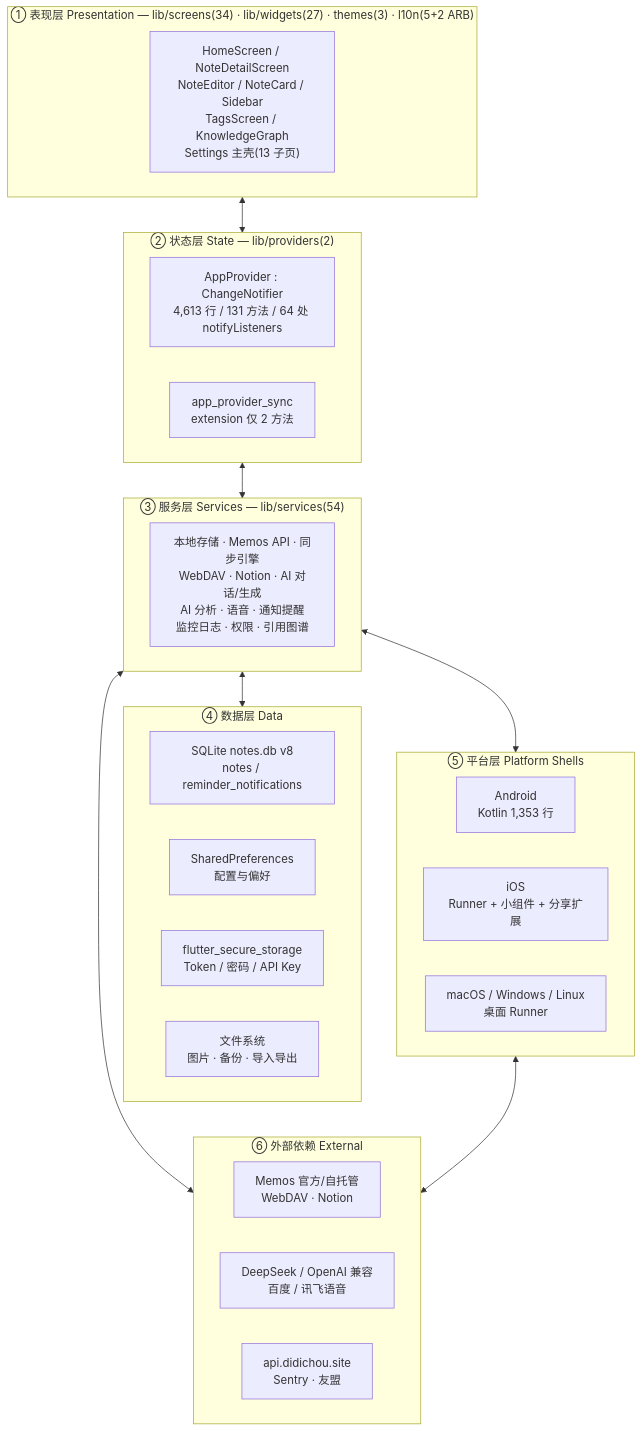
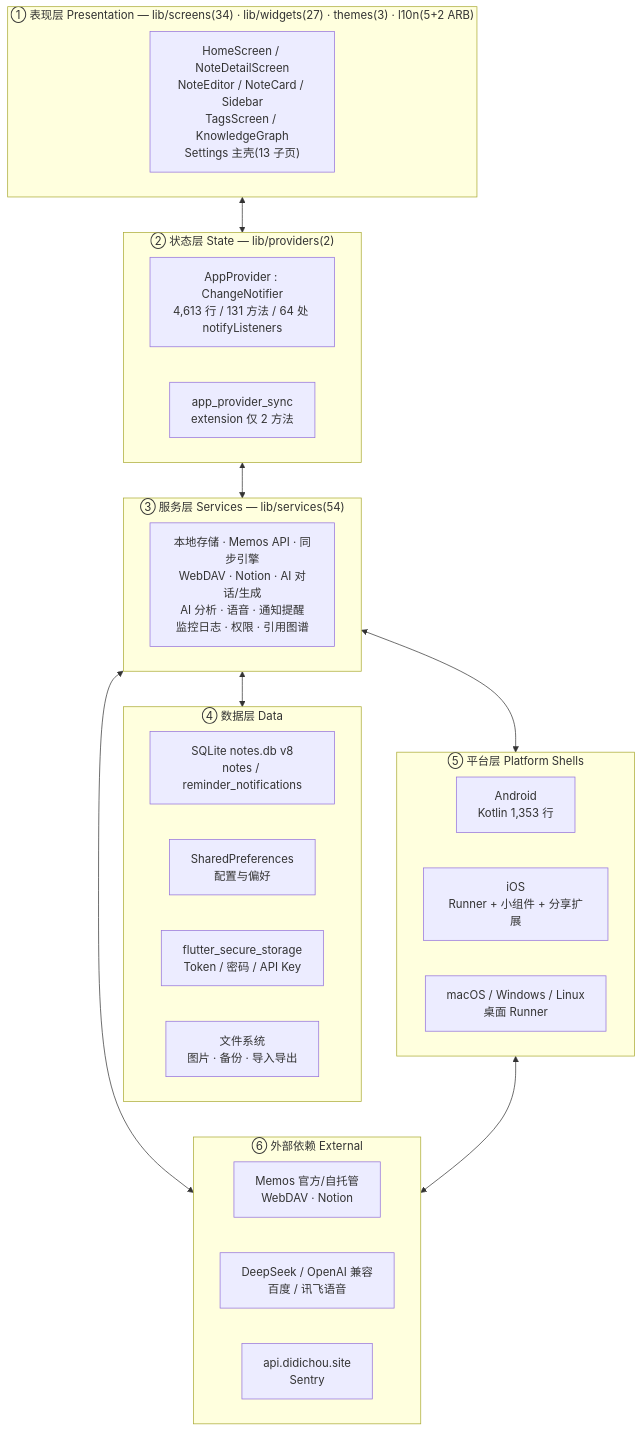
One commit to liudengxing/InkPaper changed the first of 10 diagrams in docs/architecture/ARCHITECTURE_OVERVIEW.md. Above: the diagram before and after it, drawn with Mermaid. The commit also changed other lines of this file and 5 other files, not shown here.

````diff
--- a/docs/architecture/ARCHITECTURE_OVERVIEW.md
+++ b/docs/architecture/ARCHITECTURE_OVERVIEW.md
@@ -57,47 +57,47 @@
 ```mermaid
 flowchart TB
     subgraph P["① 表现层 Presentation — lib/screens(34) · lib/widgets(27) · themes(3) · l10n(5+2 ARB)"]
         direction LR
         P1["HomeScreen / NoteDetailScreen<br/>NoteEditor / NoteCard / Sidebar<br/>TagsScreen / KnowledgeGraph<br/>Settings 主壳(13 子页)"]
     end
 
     subgraph S["② 状态层 State — lib/providers(2)"]
         direction LR
         S1["AppProvider : ChangeNotifier<br/>4,613 行 / 131 方法 / 64 处 notifyListeners"]
         S2["app_provider_sync<br/>extension 仅 2 方法"]
     end
 
     subgraph SV["③ 服务层 Services — lib/services(54)"]
         direction LR
         SV1["本地存储 · Memos API · 同步引擎<br/>WebDAV · Notion · AI 对话/生成<br/>AI 分析 · 语音 · 通知提醒<br/>监控日志 · 权限 · 引用图谱"]
     end
 
     subgraph D["④ 数据层 Data"]
         direction LR
         D1["SQLite notes.db v8<br/>notes / reminder_notifications"]
         D2["SharedPreferences<br/>配置与偏好"]
         D3["flutter_secure_storage<br/>Token / 密码 / API Key"]
         D4["文件系统<br/>图片 · 备份 · 导入导出"]
     end
 
     subgraph PL["⑤ 平台层 Platform Shells"]
         direction LR
         PL1["Android<br/>Kotlin 1,353 行"]
         PL2["iOS<br/>Runner + 小组件 + 分享扩展"]
         PL3["macOS / Windows / Linux<br/>桌面 Runner"]
     end
 
     subgraph E["⑥ 外部依赖 External"]
         direction LR
         E1["Memos 官方/自托管<br/>WebDAV · Notion"]
         E2["DeepSeek / OpenAI 兼容<br/>百度 / 讯飞语音"]
-        E3["api.didichou.site<br/>Sentry · 友盟"]
+        E3["api.didichou.site<br/>Sentry"]
     end
 
     P <--> S
     S <--> SV
     SV <--> D
     SV <--> PL
     SV <--> E
     PL <--> E
 ```
````
